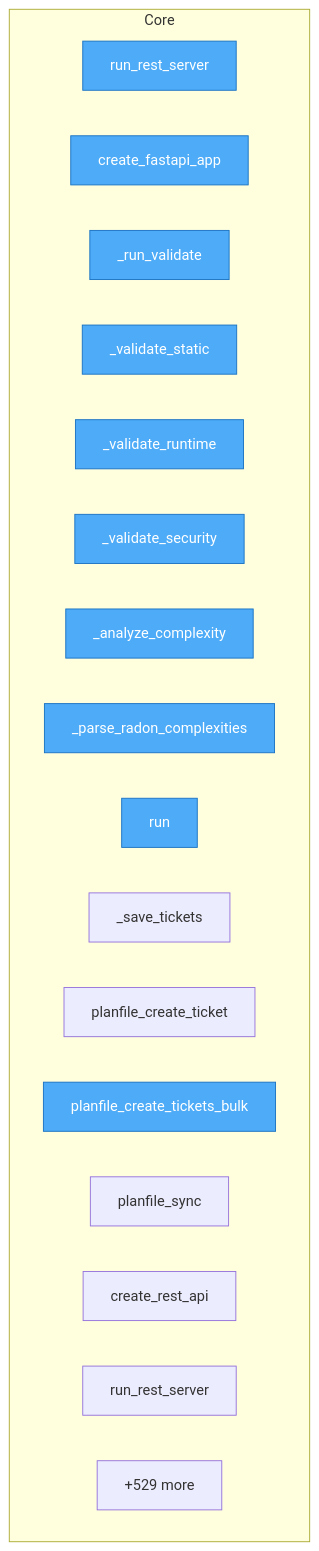
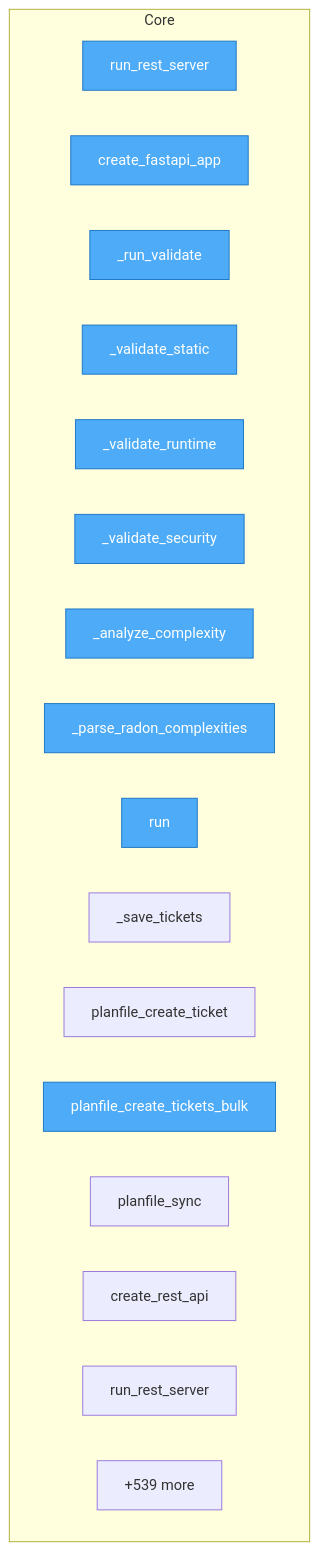
Before and after one commit to semcod/algitex: the diagram in project/flow.mmd, drawn with Mermaid. The commit also changed 23 other files, not shown here.

```diff
--- a/project/flow.mmd
+++ b/project/flow.mmd
@@ -1,25 +1,25 @@
 flowchart TD
 
     %% Entry points (blue)
     classDef entry fill:#4dabf7,stroke:#1971c2,color:#fff
 
     subgraph Core
         docker__aider_mcp__aider_mcp_server__run_rest_server["run_rest_server"]
         docker__vallm__vallm_server__VallmServer__create_fastapi_app["create_fastapi_app"]
         docker__vallm__vallm_server__VallmServer___run_validate["_run_validate"]
         docker__vallm__vallm_server__VallmServer___validate_static["_validate_static"]
         docker__vallm__vallm_server__VallmServer___validate_runtime["_validate_runtime"]
         docker__vallm__vallm_server__VallmServer___validate_security["_validate_security"]
         docker__vallm__vallm_server__VallmServer___analyze_complexity["_analyze_complexity"]
         docker__vallm__vallm_server__VallmServer___parse_radon_complexities["_parse_radon_complexities"]
         docker__vallm__vallm_server__VallmServer__run["run"]
         docker__planfile_mcp__planfile_mcp_server___save_tickets["_save_tickets"]
         docker__planfile_mcp__planfile_mcp_server__planfile_create_ticket["planfile_create_ticket"]
         docker__planfile_mcp__planfile_mcp_server__planfile_create_tickets_bulk["planfile_create_tickets_bulk"]
         docker__planfile_mcp__planfile_mcp_server__planfile_sync["planfile_sync"]
         docker__planfile_mcp__planfile_mcp_server__create_rest_api["create_rest_api"]
         docker__planfile_mcp__planfile_mcp_server__run_rest_server["run_rest_server"]
-        ...["+529 more"]
+        ...["+539 more"]
     end
 
     class docker__aider_mcp__aider_mcp_server__run_rest_server,docker__vallm__vallm_server__VallmServer__create_fastapi_app,docker__vallm__vallm_server__VallmServer___run_validate,docker__vallm__vallm_server__VallmServer___validate_static,docker__vallm__vallm_server__VallmServer___validate_runtime,docker__vallm__vallm_server__VallmServer___validate_security,docker__vallm__vallm_server__VallmServer___analyze_complexity,docker__vallm__vallm_server__VallmServer___parse_radon_complexities,docker__vallm__vallm_server__VallmServer__run,docker__planfile_mcp__planfile_mcp_server__planfile_create_tickets_bulk entry
```
